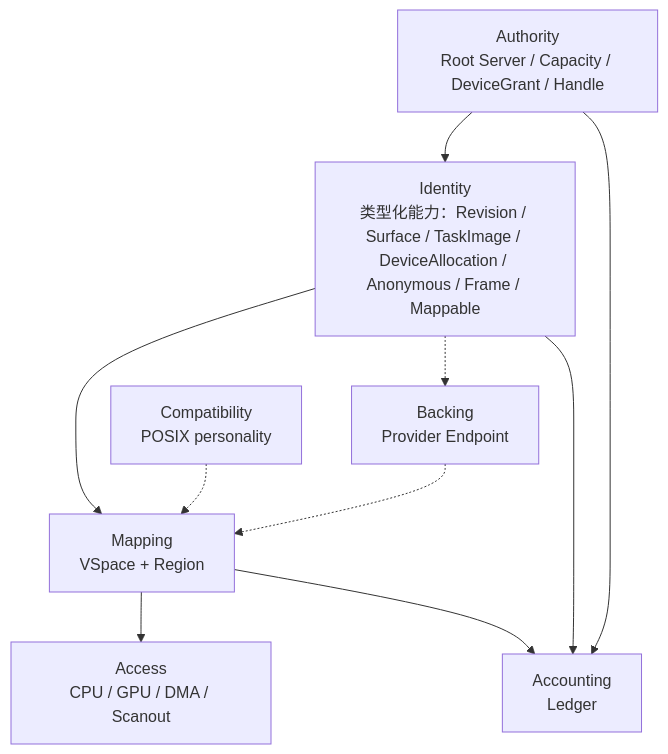
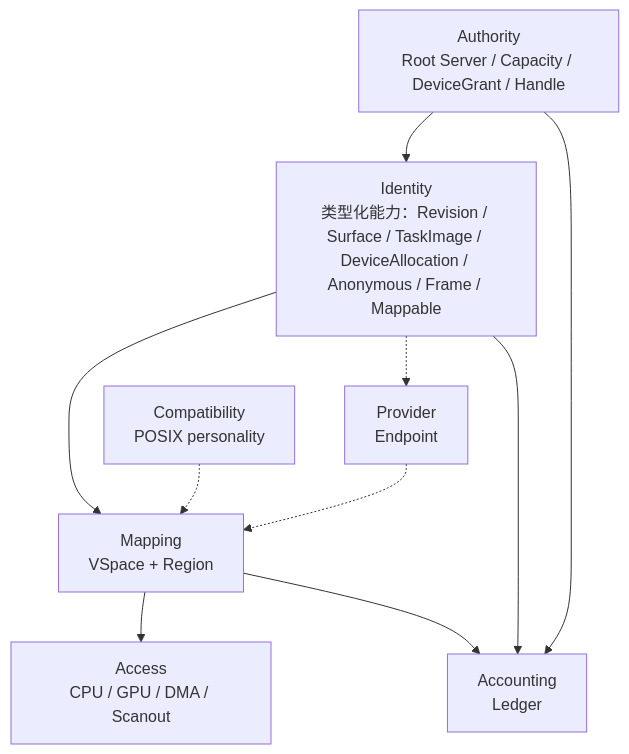
One commit to hongweifei/HolyKernel changed the second of 4 diagrams in docs/hmp.md. Above: the diagram before and after it, drawn with Mermaid. The commit also changed other lines of this file and 7 other files, not shown here.

````diff
--- a/docs/hmp.md
+++ b/docs/hmp.md
@@ -162,20 +162,20 @@
 ```mermaid
 flowchart TB
   A["Authority<br/>Root Server / Capacity / DeviceGrant / Handle"]
   B["Identity<br/>类型化能力：Revision / Surface / TaskImage / DeviceAllocation / Anonymous / Frame / Mappable"]
   C["Mapping<br/>VSpace + Region"]
   D["Access<br/>CPU / GPU / DMA / Scanout"]
-  E["Backing<br/>Provider Endpoint"]
+  E["Provider<br/>Endpoint"]
   F["Accounting<br/>Ledger"]
   G["Compatibility<br/>POSIX personality"]
 
   A --> B
   B --> C
   C --> D
   B -.-> E
   E -.-> C
   A --> F
   B --> F
   C --> F
   G -.-> C
 ```
````
